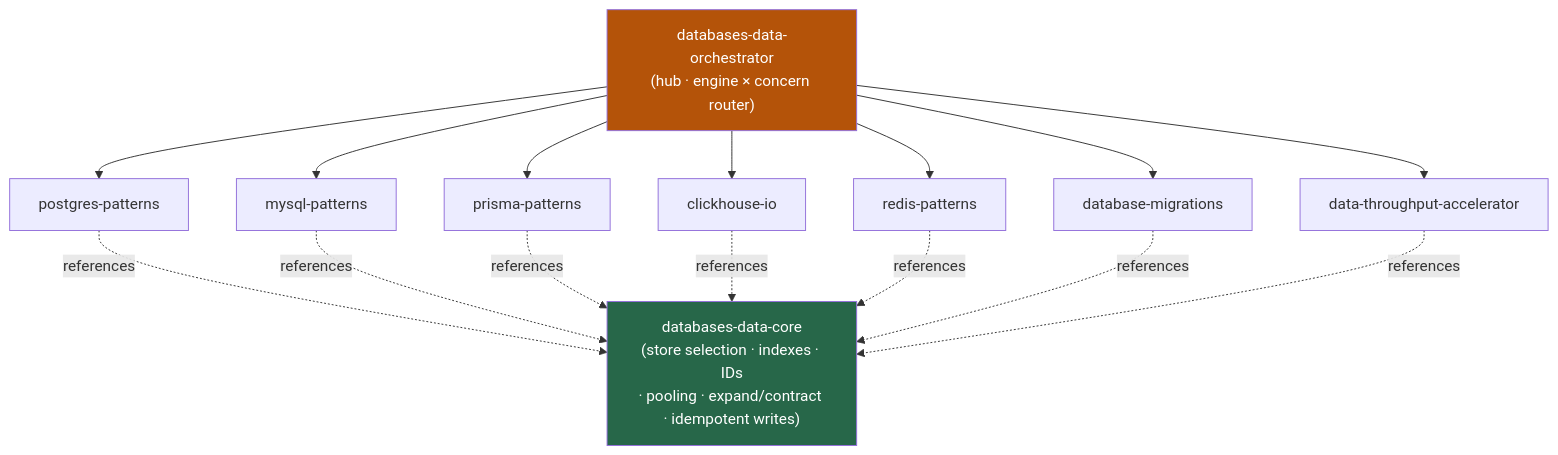
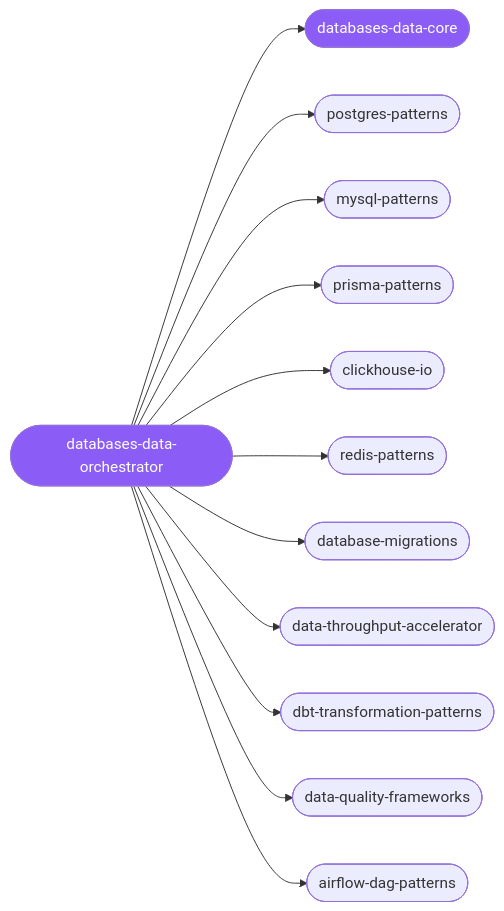
Before and after one commit to Sheshiyer/skill-clusters: the diagram in clusters/databases-data/README.md, drawn with Mermaid. The commit also changed other lines of this file and 44 other files, not shown here.

````diff
--- a/clusters/databases-data/README.md
+++ b/clusters/databases-data/README.md
@@ -33,22 +18,15 @@
 ```mermaid
-graph TD
-    O["databases-data-orchestrator<br/>(hub · engine × concern router)"]
-    O --> PG["postgres-patterns"]
-    O --> MY["mysql-patterns"]
-    O --> PR["prisma-patterns"]
-    O --> CH["clickhouse-io"]
-    O --> RD["redis-patterns"]
-    O --> MG["database-migrations"]
-    O --> TP["data-throughput-accelerator"]
-
-    PG -. references .-> C["databases-data-core<br/>(store selection · indexes · IDs<br/>· pooling · expand/contract · idempotent writes)"]
-    MY -. references .-> C
-    PR -. references .-> C
-    CH -. references .-> C
-    RD -. references .-> C
-    MG -. references .-> C
-    TP -. references .-> C
-
-    style O fill:#b45309,color:#fff
-    style C fill:#276749,color:#fff
+graph LR
+  o([databases-data-orchestrator]):::hub --> c([databases-data-core]):::hub
+  o --> s1([postgres-patterns])
+  o --> s2([mysql-patterns])
+  o --> s3([prisma-patterns])
+  o --> s4([clickhouse-io])
+  o --> s5([redis-patterns])
+  o --> s6([database-migrations])
+  o --> s7([data-throughput-accelerator])
+  o --> s8([dbt-transformation-patterns])
+  o --> s9([data-quality-frameworks])
+  o --> s10([airflow-dag-patterns])
+  classDef hub fill:#8b5cf6,color:#fff;
 ```
````
